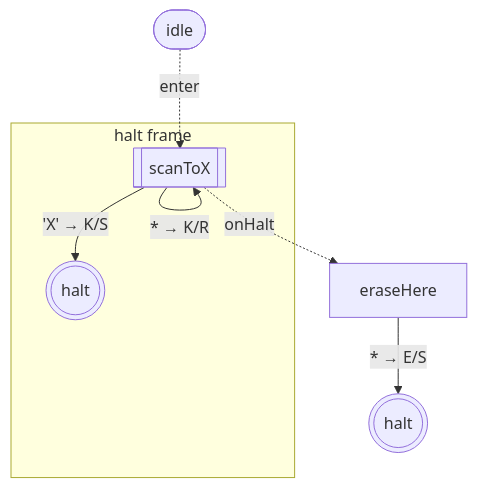
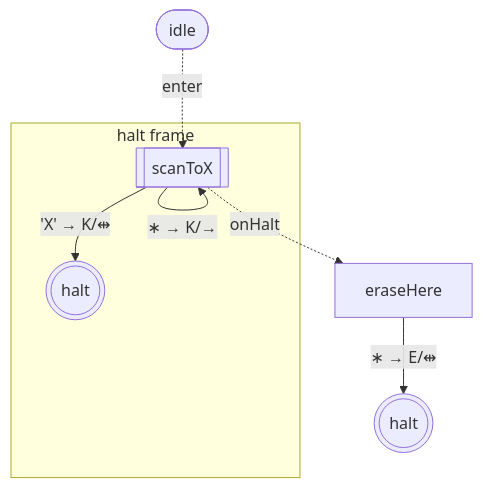
Before and after one commit to mellonis/turing-machine-js: the eighth of 8 diagrams in packages/machine/README.md, drawn with Mermaid. The commit also changed other lines of this file and 6 other files, not shown here.

````diff
--- a/packages/machine/README.md
+++ b/packages/machine/README.md
@@ -447,16 +447,16 @@
 ```mermaid
 flowchart TD
 %% alphabets: [[" ","a","b","X"]]
   s0(((halt)))
   s2["eraseHere"]
   idle([idle])
   subgraph w_3["halt frame"]
     s3[["scanToX"]]
     c3(((halt)))
   end
   idle -. enter .-> s3
-  s2 -- "* → E/S" --> s0
-  s3 -- "'X' → K/S" --> c3
-  s3 -- "* → K/R" --> s3
+  s2 -- "∗ → E/⇹" --> s0
+  s3 -- "'X' → K/⇹" --> c3
+  s3 -- "∗ → K/→" --> s3
   s3 -. onHalt .-> s2
 ```
````
